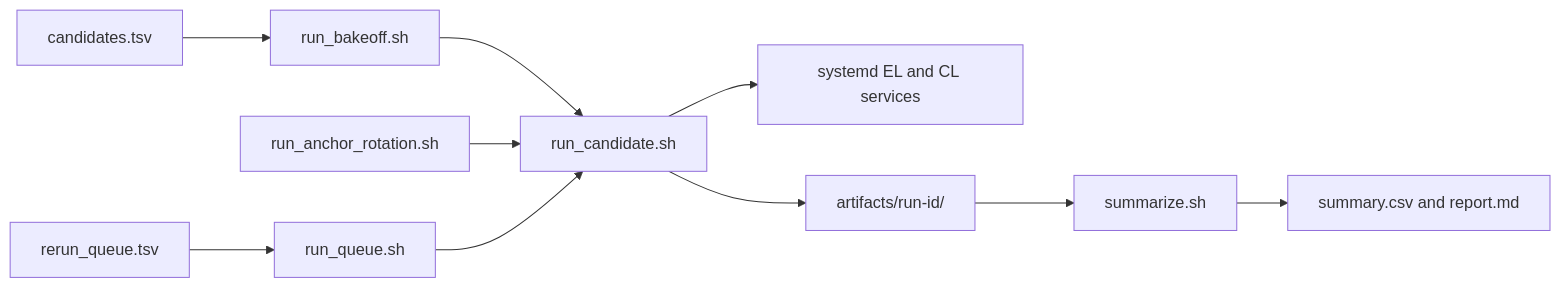
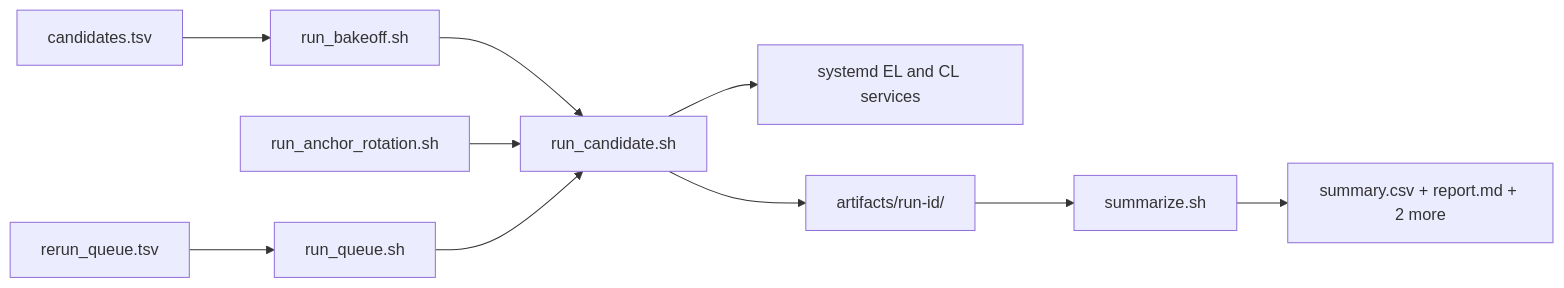
Before and after one commit to chimera-defi/eth2-quickstart: the diagram in docs/CLIENT_BAKEOFF_HARNESS.md, drawn with Mermaid. The commit also changed other lines of this file and 4 other files, not shown here.

````diff
--- a/docs/CLIENT_BAKEOFF_HARNESS.md
+++ b/docs/CLIENT_BAKEOFF_HARNESS.md
@@ -41,12 +41,12 @@
 ```mermaid
 flowchart LR
     manifest[candidates.tsv] --> sweep[run_bakeoff.sh]
     sweep --> candidate[run_candidate.sh]
     rotation[run_anchor_rotation.sh] --> candidate
     queue[rerun_queue.tsv] --> runqueue[run_queue.sh]
     runqueue --> candidate
     candidate --> services[systemd EL and CL services]
     candidate --> artifacts[artifacts/run-id/]
     artifacts --> summary[summarize.sh]
-    summary --> outputs[summary.csv and report.md]
+    summary --> outputs["summary.csv + report.md + 2 more"]
 ```
````
